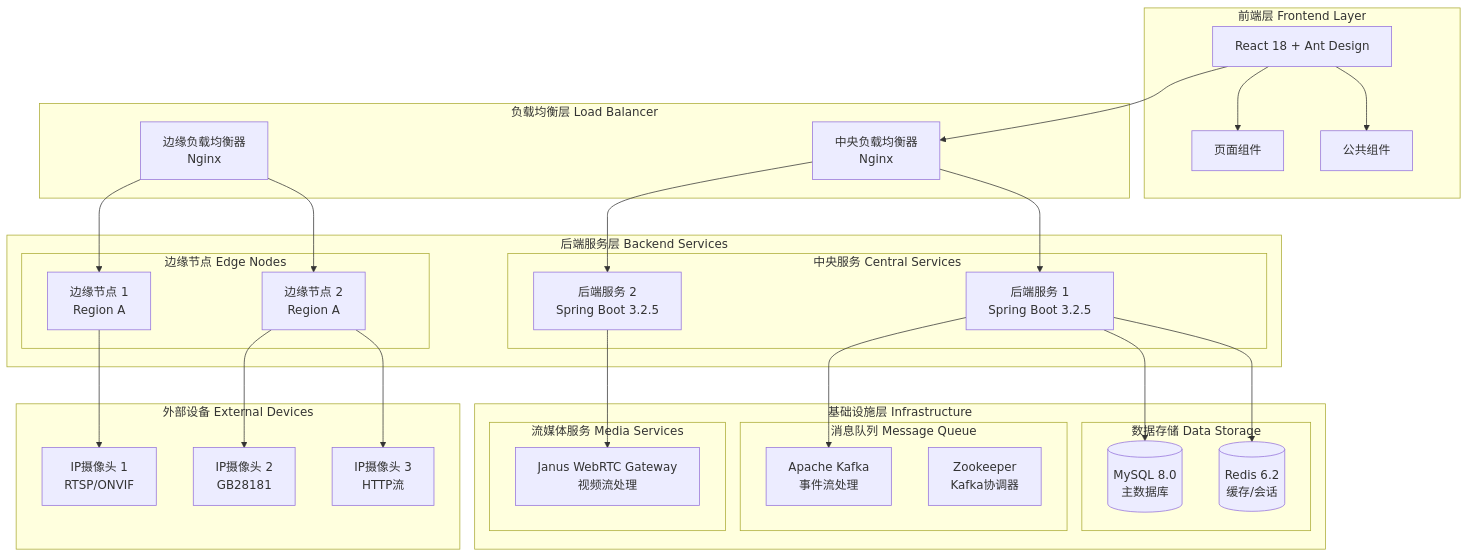
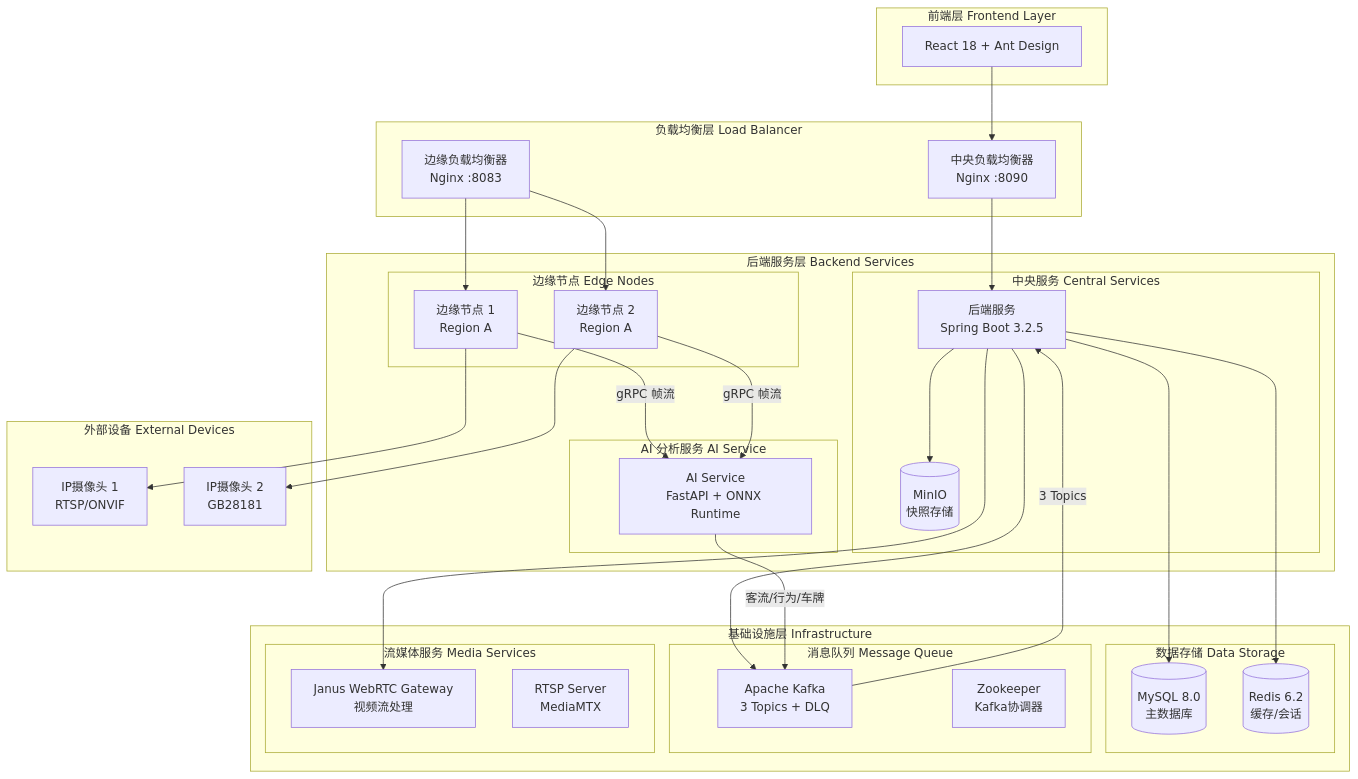
One commit to HuboryChen/aick-mmp changed the diagram in README.md. Above: the diagram before and after it, drawn with Mermaid. The commit also changed other lines of this file and 3 other files, not shown here.

````diff
--- a/README.md
+++ b/README.md
@@ -42,63 +42,76 @@
 ```mermaid
 graph TB
     subgraph "前端层 Frontend Layer"
         UI[React 18 + Ant Design]
-        UI --> Pages[页面组件]
-        UI --> Components[公共组件]
     end
 
     subgraph "负载均衡层 Load Balancer"
-        CLB[中央负载均衡器<br/>Nginx]
-        ELB[边缘负载均衡器<br/>Nginx]
+        CLB[中央负载均衡器<br/>Nginx :8090]
+        ELB[边缘负载均衡器<br/>Nginx :8083]
     end
 
     subgraph "后端服务层 Backend Services"
         subgraph "中央服务 Central Services"
-            Backend1[后端服务 1<br/>Spring Boot 3.2.5]
-            Backend2[后端服务 2<br/>Spring Boot 3.2.5]
+            Backend[后端服务<br/>Spring Boot 3.2.5]
+            MinIO[(MinIO<br/>快照存储)]
         end
         
         subgraph "边缘节点 Edge Nodes"
             EdgeNode1[边缘节点 1<br/>Region A]
             EdgeNode2[边缘节点 2<br/>Region A]
+        end
+
+        subgraph "AI 分析服务 AI Service"
+            AIService[AI Service<br/>FastAPI + ONNX Runtime]
         end
     end
 
     subgraph "基础设施层 Infrastructure"
         subgraph "数据存储 Data Storage"
             MySQL[(MySQL 8.0<br/>主数据库)]
             Redis[(Redis 6.2<br/>缓存/会话)]
         end
         
         subgraph "消息队列 Message Queue"
-            Kafka[Apache Kafka<br/>事件流处理]
+            Kafka[Apache Kafka<br/>3 Topics + DLQ]
             Zookeeper[Zookeeper<br/>Kafka协调器]
         end
         
         subgraph "流媒体服务 Media Services"
             Janus[Janus WebRTC Gateway<br/>视频流处理]
+            RTSP[RTSP Server<br/>MediaMTX]
         end
     end
 
     subgraph "外部设备 External Devices"
         Camera1[IP摄像头 1<br/>RTSP/ONVIF]
         Camera2[IP摄像头 2<br/>GB28181]
-        Camera3[IP摄像头 3<br/>HTTP流]
     end
 
-    %% 连接关系
+    %% 前端 → 后端
     UI --> CLB
-    CLB --> Backend1
-    CLB --> Backend2
+    CLB --> Backend
     ELB --> EdgeNode1
     ELB --> EdgeNode2
     
-    Backend1 --> MySQL
-    Backend1 --> Redis
-    Backend1 --> Kafka
-    Backend2 --> Janus
+    %% 中央服务 → 基础设施
+    Backend --> MySQL
+    Backend --> Redis
+    Backend --> Kafka
+    Backend --> Janus
+    Backend --> MinIO
     
+    %% 边缘节点 → AI 服务 (gRPC)
+    EdgeNode1 -->|gRPC 帧流| AIService
+    EdgeNode2 -->|gRPC 帧流| AIService
+    
+    %% AI 服务 → Kafka
+    AIService -->|客流/行为/车牌| Kafka
+    
+    %% 中央服务 ← Kafka
+    Kafka -->|3 Topics| Backend
+    
+    %% 边缘节点 → 摄像头
     EdgeNode1 --> Camera1
     EdgeNode2 --> Camera2
-    EdgeNode2 --> Camera3
 ```
````
